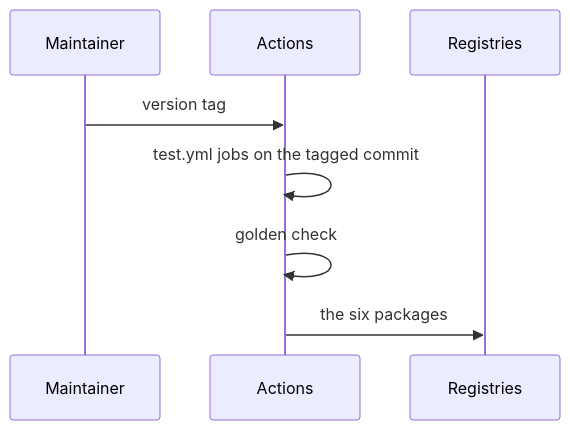
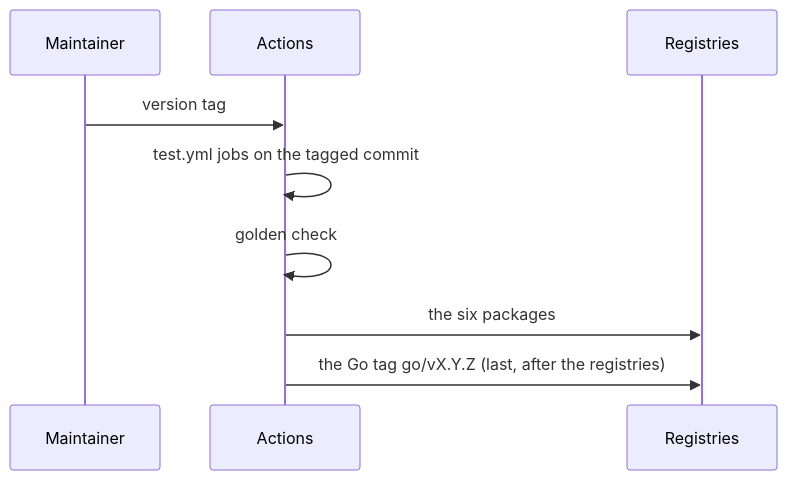
One commit to zxsanny/packbin changed the fifth of 6 diagrams in _docs/02_document/system-flows.md. Above: the diagram before and after it, drawn with Mermaid. The commit also changed other lines of this file and 44 other files, not shown here.

````diff
--- a/_docs/02_document/system-flows.md
+++ b/_docs/02_document/system-flows.md
@@ -167,10 +168,11 @@
 ```mermaid
 sequenceDiagram
     participant Maintainer
     participant Actions
     participant Registries
     Maintainer->>Actions: version tag
     Actions->>Actions: test.yml jobs on the tagged commit
     Actions->>Actions: golden check
     Actions->>Registries: the six packages
+    Actions->>Registries: the Go tag go/vX.Y.Z (last, after the registries)
 ```
````
